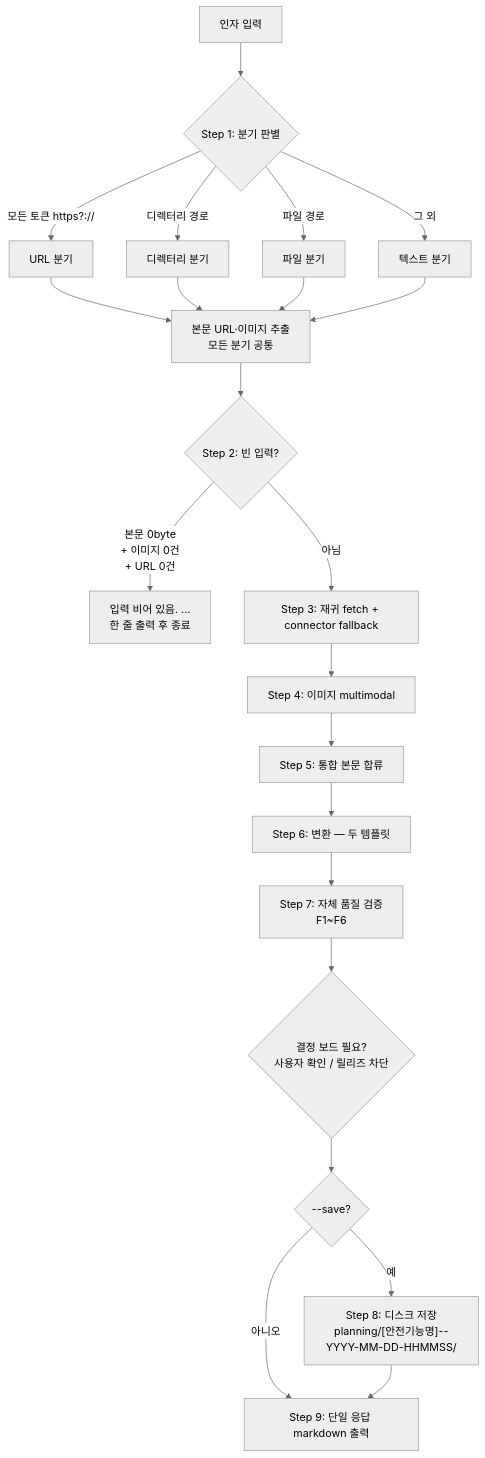
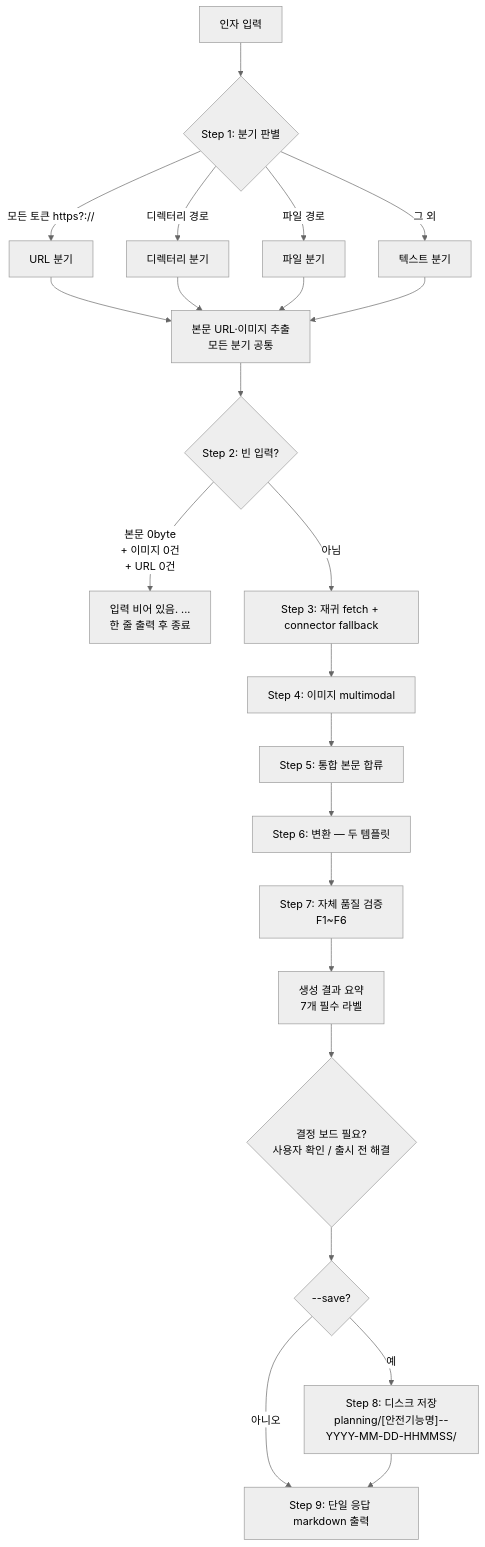
The first of 11 diagrams in planning-kit/docs/planning-format-workflow.md (inkwonjung-colosseum/plugins), drawn with Mermaid (neutral theme) before and after one commit. The commit also changed other lines of this file and 19 other files, not shown here.

````diff
--- a/planning-kit/docs/planning-format-workflow.md
+++ b/planning-kit/docs/planning-format-workflow.md
@@ -7,27 +7,28 @@
 ```mermaid
 flowchart TD
   A[인자 입력] --> B{Step 1: 분기 판별}
   B -->|모든 토큰 https?://| C[URL 분기]
   B -->|디렉터리 경로| D[디렉터리 분기]
   B -->|파일 경로| E[파일 분기]
   B -->|그 외| F[텍스트 분기]
 
   C --> G[본문 URL·이미지 추출<br/>모든 분기 공통]
   D --> G
   E --> G
   F --> G
 
   G --> H{Step 2: 빈 입력?}
   H -->|본문 0byte<br/>+ 이미지 0건<br/>+ URL 0건| H1["입력 비어 있음. ...<br/>한 줄 출력 후 종료"]
   H -->|아님| I[Step 3: 재귀 fetch + connector fallback]
 
   I --> J[Step 4: 이미지 multimodal]
   J --> K[Step 5: 통합 본문 합류]
   K --> L[Step 6: 변환 — 두 템플릿]
   L --> M[Step 7: 자체 품질 검증<br/>F1~F6]
-  M --> DB{결정 보드 필요?<br/>사용자 확인 / 릴리즈 차단}
+  M --> RS[생성 결과 요약<br/>7개 필수 라벨]
+  RS --> DB{결정 보드 필요?<br/>사용자 확인 / 출시 전 해결}
   DB --> N{--save?}
   N -->|예| SV["Step 8: 디스크 저장<br/>planning/[안전기능명]--YYYY-MM-DD-HHMMSS/"]
   N -->|아니오| OUT
   SV --> OUT[Step 9: 단일 응답 markdown 출력]
 ```
````
